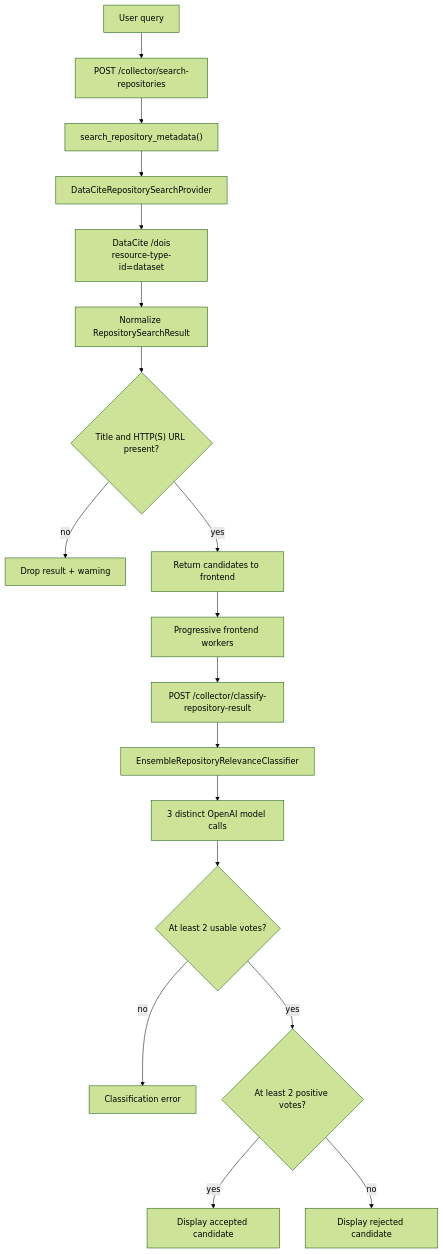
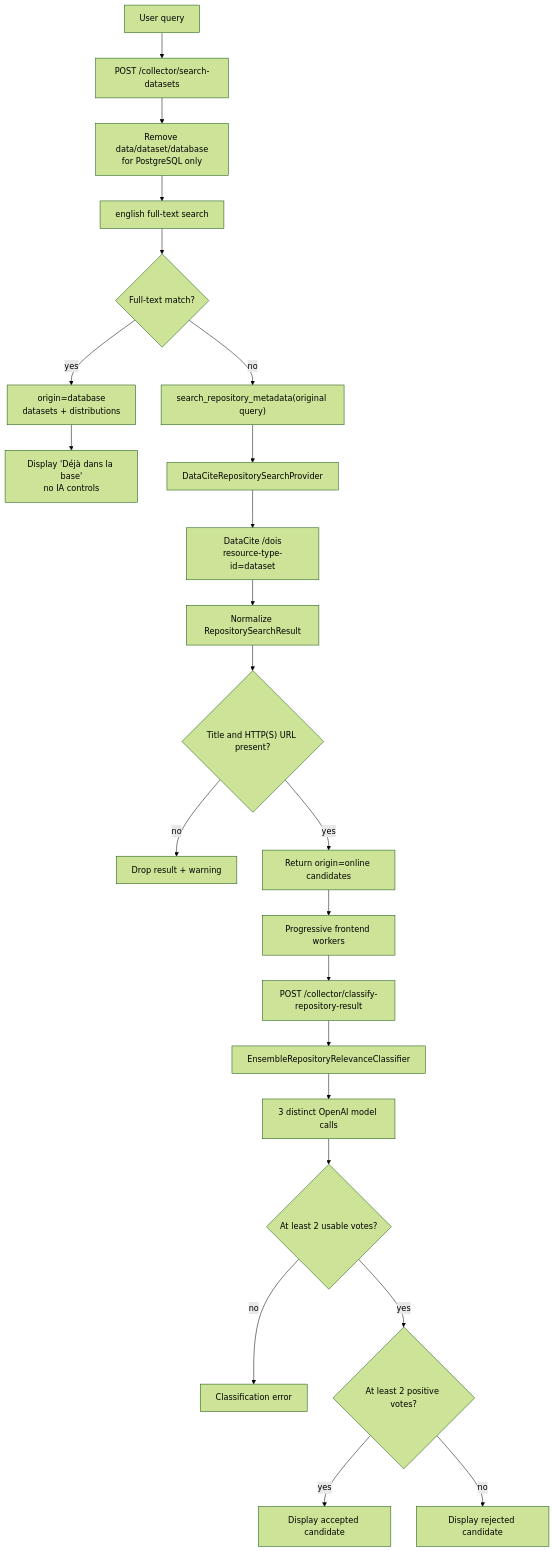
The second of 7 diagrams in docs/collector-pipeline-diagram.md (nicolasberlin/global-health-dataset-catalog), drawn with Mermaid (forest theme) before and after one commit. The commit also changed other lines of this file and 51 other files, not shown here.

Commit message:
Improve dataset search validation and documentation

````diff
--- a/docs/collector-pipeline-diagram.md
+++ b/docs/collector-pipeline-diagram.md
@@ -34,20 +34,25 @@
 ```mermaid
 flowchart TD
-    Query["User query"] --> Route["POST /collector/search-repositories"]
-    Route --> Service["search_repository_metadata()"]
+    Query["User query"] --> Route["POST /collector/search-datasets"]
+    Route --> LocalQuery["Remove data/dataset/database<br/>for PostgreSQL only"]
+    LocalQuery --> DBSearch["english full-text search"]
+    DBSearch --> Match{"Full-text match?"}
+    Match -->|yes| Local["origin=database<br/>datasets + distributions"]
+    Local --> LocalUI["Display 'Déjà dans la base'<br/>no IA controls"]
+    Match -->|no| Service["search_repository_metadata(original query)"]
     Service --> DataCite["DataCiteRepositorySearchProvider"]
     DataCite --> API["DataCite /dois<br/>resource-type-id=dataset"]
     API --> Normalize["Normalize RepositorySearchResult"]
     Normalize --> Filter{"Title and HTTP(S) URL present?"}
     Filter -->|no| MetadataWarning["Drop result + warning"]
-    Filter -->|yes| Candidates["Return candidates to frontend"]
+    Filter -->|yes| Candidates["Return origin=online candidates"]
     Candidates --> Workers["Progressive frontend workers"]
     Workers --> ClassifyRoute["POST /collector/classify-repository-result"]
     ClassifyRoute --> RepoClassifier["EnsembleRepositoryRelevanceClassifier"]
     RepoClassifier --> Models["3 distinct OpenAI model calls"]
     Models --> Quorum{"At least 2 usable votes?"}
     Quorum -->|no| Error["Classification error"]
     Quorum -->|yes| Majority{"At least 2 positive votes?"}
     Majority -->|yes| Accepted["Display accepted candidate"]
     Majority -->|no| Rejected["Display rejected candidate"]
 ```
````
